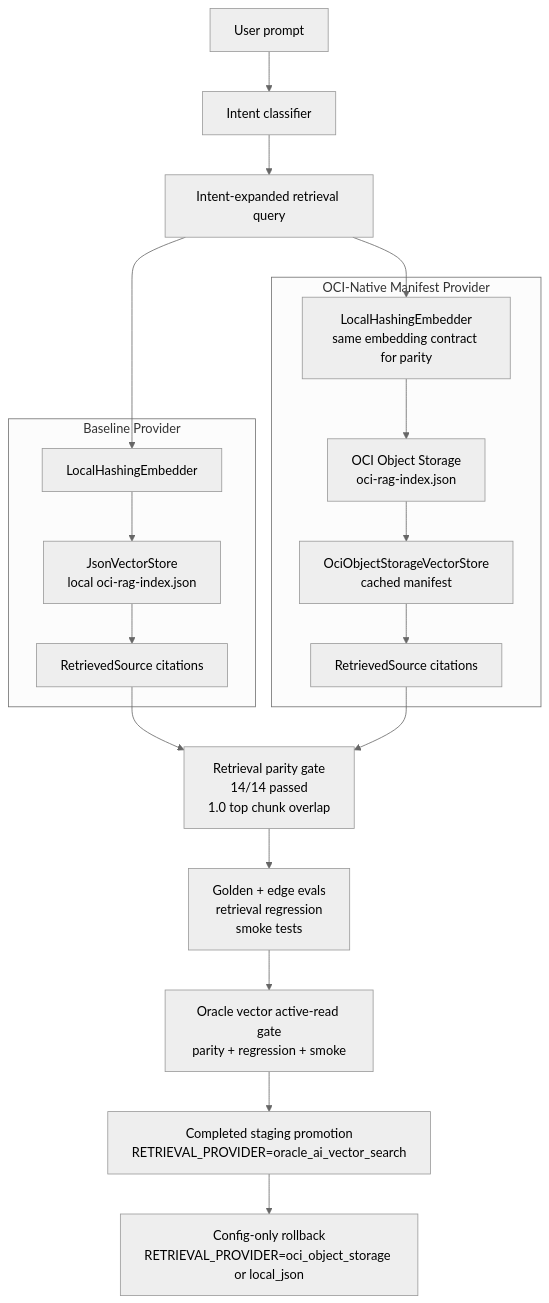
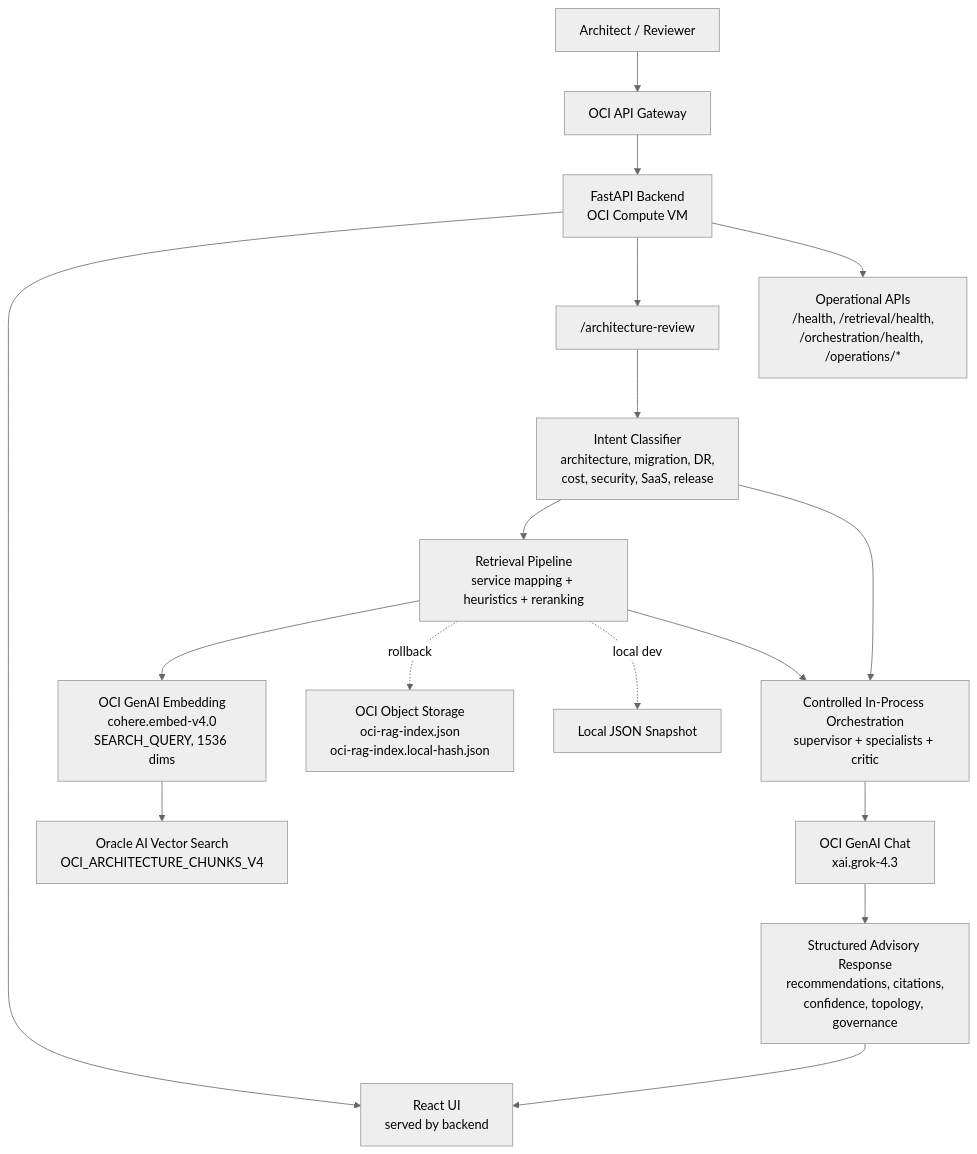
The first of 6 diagrams in docs/architecture/architecture-diagrams.md (BfShaik/OCI-Architecture-Studio), drawn with Mermaid (neutral theme) before and after one commit. The commit also changed other lines of this file and 7 other files, not shown here.

````diff
--- a/docs/architecture/architecture-diagrams.md
+++ b/docs/architecture/architecture-diagrams.md
@@ -58,32 +9,23 @@
 ```mermaid
 flowchart TD
-  Prompt["User prompt"]
-  Classifier["Intent classifier"]
-  Query["Intent-expanded retrieval query"]
+  User["Architect / Reviewer"] --> Gateway["OCI API Gateway"]
+  Gateway --> Backend["FastAPI Backend\nOCI Compute VM"]
+  Backend --> UI["React UI\nserved by backend"]
 
-  subgraph Local["Baseline Provider"]
-    LocalEmbed["LocalHashingEmbedder"]
-    LocalStore["JsonVectorStore\nlocal oci-rag-index.json"]
-    LocalResults["RetrievedSource citations"]
-  end
+  Backend --> API["/architecture-review"]
+  API --> Intent["Intent Classifier\narchitecture, migration, DR,\ncost, security, SaaS, release"]
+  Intent --> Retrieval["Retrieval Pipeline\nservice mapping + heuristics + reranking"]
 
-  subgraph OCIManifest["OCI-Native Manifest Provider"]
-    OCIEmbed["LocalHashingEmbedder\nsame embedding contract for parity"]
-    ObjectStore["OCI Object Storage\noci-rag-index.json"]
-    OCIStore["OciObjectStorageVectorStore\ncached manifest"]
-    OCIResults["RetrievedSource citations"]
-  end
+  Retrieval --> QueryEmbed["OCI GenAI Embedding\ncohere.embed-v4.0\nSEARCH_QUERY, 1536 dims"]
+  QueryEmbed --> OracleVector["Oracle AI Vector Search\nOCI_ARCHITECTURE_CHUNKS_V4"]
+  Retrieval -. rollback .-> ObjectStorage["OCI Object Storage\noci-rag-index.json\noci-rag-index.local-hash.json"]
+  Retrieval -. local dev .-> LocalJson["Local JSON Snapshot"]
 
-  Parity["Retrieval parity gate\n14/14 passed\n1.0 top chunk overlap"]
-  EvalGate["Golden + edge evals\nretrieval regression\nsmoke tests"]
-  VectorGate["Oracle vector active-read gate\nparity + regression + smoke"]
-  Promote["Completed staging promotion\nRETRIEVAL_PROVIDER=oracle_ai_vector_search"]
-  Rollback["Config-only rollback\nRETRIEVAL_PROVIDER=oci_object_storage or local_json"]
+  Intent --> Orchestration["Controlled In-Process Orchestration\nsupervisor + specialists + critic"]
+  Retrieval --> Orchestration
+  Orchestration --> GenAIChat["OCI GenAI Chat\nxai.grok-4.3"]
+  GenAIChat --> Response["Structured Advisory Response\nrecommendations, citations,\nconfidence, topology, governance"]
+  Response --> UI
 
-  Prompt --> Classifier --> Query
-  Query --> LocalEmbed --> LocalStore --> LocalResults --> Parity
-  Query --> OCIEmbed --> ObjectStore --> OCIStore --> OCIResults --> Parity
-  Parity --> EvalGate --> VectorGate
-  VectorGate --> Promote
-  Promote --> Rollback
+  Backend --> Ops["Operational APIs\n/health, /retrieval/health,\n/orchestration/health, /operations/*"]
 ```
````
